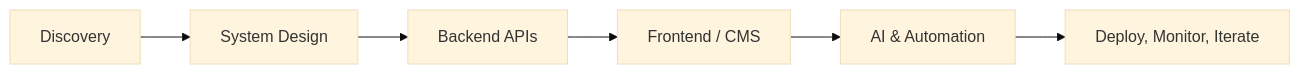
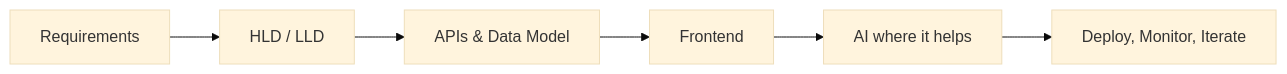
One commit to Deepaksharma-39/Deepaksharma-39 changed the diagram in README.md. Above: the diagram before and after it, drawn with Mermaid (base theme). The commit also changed other lines of this file, not shown here.

````diff
--- a/README.md
+++ b/README.md
@@ -112,8 +99,8 @@
 ```mermaid
 graph LR
-  A[Discovery] --> B[System Design]
-  B --> C[Backend APIs]
-  C --> D[Frontend / CMS]
-  D --> E[AI & Automation]
+  A[Requirements] --> B[HLD / LLD]
+  B --> C[APIs & Data Model]
+  C --> D[Frontend]
+  D --> E[AI where it helps]
   E --> F[Deploy, Monitor, Iterate]
 ```
````
